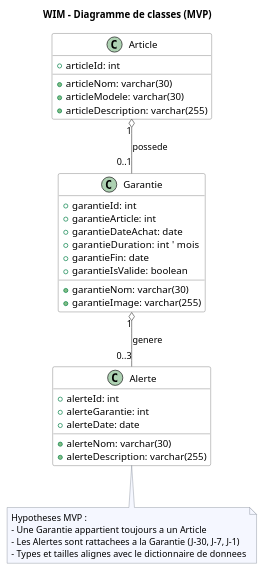
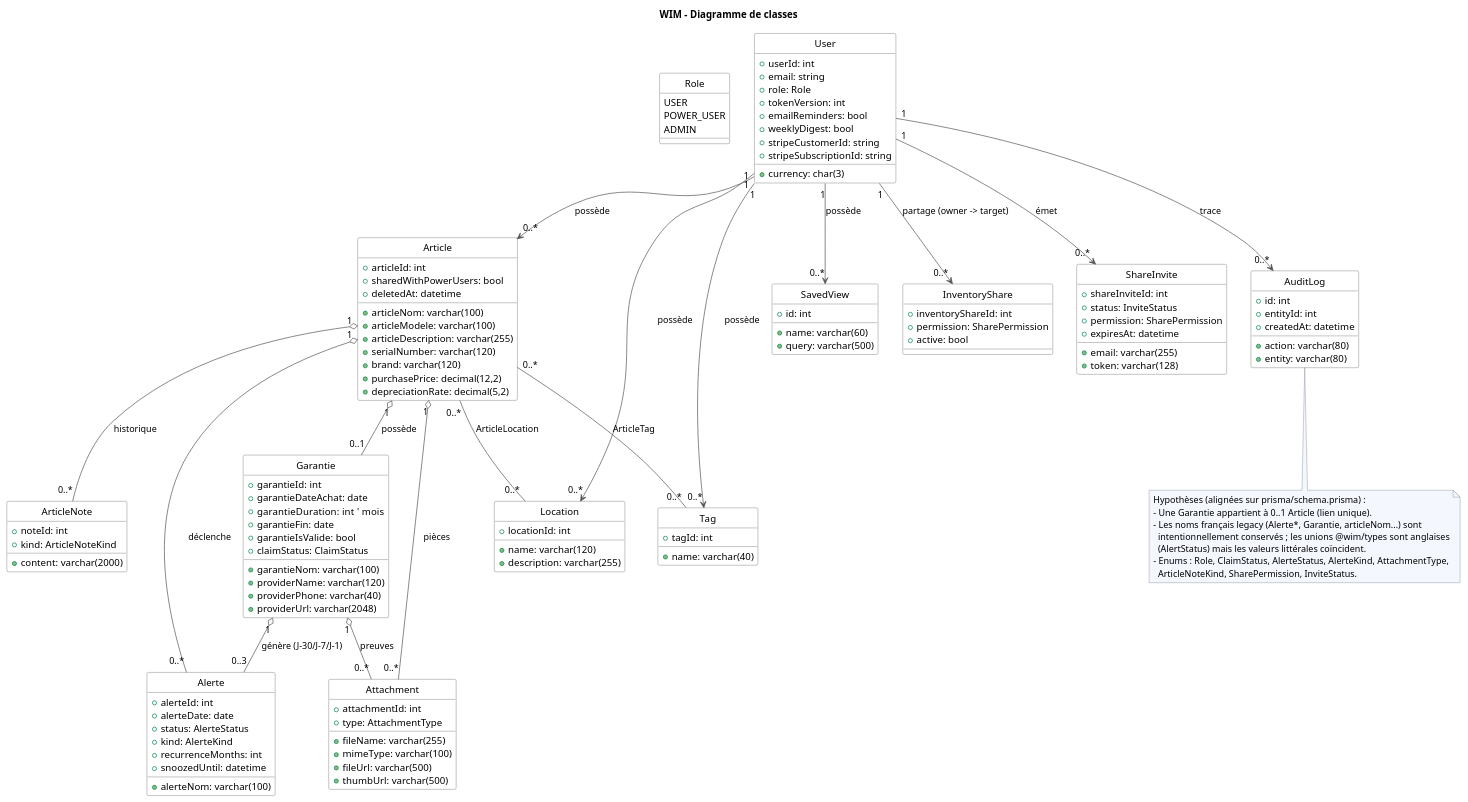
Before and after one commit to SGCSBorges/WIM: the diagram in docs/uml/03-class-diagram.puml, drawn with PlantUML. The commit also changed 7 other files, not shown here.

First line of the commit message:
docs(uml): update stale diagrams to current system + add sharing/deploy/alert

```diff
--- a/docs/uml/03-class-diagram.puml
+++ b/docs/uml/03-class-diagram.puml
@@ -1,48 +1,154 @@
 @startuml
-title WIM – Diagramme de classes (MVP)
+title WIM – Diagramme de classes
 
 skinparam class {
   BackgroundColor #ffffff
   ArrowColor #555555
   BorderColor #555555
 }
 skinparam noteBackgroundColor #F5F7FF
 skinparam noteBorderColor #6B7280
+hide circle
+
+enum Role {
+  USER
+  POWER_USER
+  ADMIN
+}
+
+class User {
+  +userId: int
+  +email: string
+  +role: Role
+  +tokenVersion: int
+  +currency: char(3)
+  +emailReminders: bool
+  +weeklyDigest: bool
+  +stripeCustomerId: string
+  +stripeSubscriptionId: string
+}
 
 class Article {
   +articleId: int
-  +articleNom: varchar(30)
-  +articleModele: varchar(30)
+  +articleNom: varchar(100)
+  +articleModele: varchar(100)
   +articleDescription: varchar(255)
+  +serialNumber: varchar(120)
+  +brand: varchar(120)
+  +purchasePrice: decimal(12,2)
+  +depreciationRate: decimal(5,2)
+  +sharedWithPowerUsers: bool
+  +deletedAt: datetime
 }
 
 class Garantie {
   +garantieId: int
-  +garantieArticle: int
-  +garantieNom: varchar(30)
+  +garantieNom: varchar(100)
   +garantieDateAchat: date
   +garantieDuration: int  ' mois
   +garantieFin: date
-  +garantieIsValide: boolean
-  +garantieImage: varchar(255)
+  +garantieIsValide: bool
+  +claimStatus: ClaimStatus
+  +providerName: varchar(120)
+  +providerPhone: varchar(40)
+  +providerUrl: varchar(2048)
 }
 
 class Alerte {
   +alerteId: int
-  +alerteGarantie: int
-  +alerteNom: varchar(30)
+  +alerteNom: varchar(100)
   +alerteDate: date
-  +alerteDescription: varchar(255)
+  +status: AlerteStatus
+  +kind: AlerteKind
+  +recurrenceMonths: int
+  +snoozedUntil: datetime
 }
 
-' Relations (conformes au modèle relationnel)
-Article "1" o-- "0..1" Garantie : possede
-Garantie "1" o-- "0..3" Alerte : genere
+class Attachment {
+  +attachmentId: int
+  +type: AttachmentType
+  +fileName: varchar(255)
+  +mimeType: varchar(100)
+  +fileUrl: varchar(500)
+  +thumbUrl: varchar(500)
+}
+
+class Location {
+  +locationId: int
+  +name: varchar(120)
+  +description: varchar(255)
+}
+
+class Tag {
+  +tagId: int
+  +name: varchar(40)
+}
+
+class ArticleNote {
+  +noteId: int
+  +content: varchar(2000)
+  +kind: ArticleNoteKind
+}
+
+class SavedView {
+  +id: int
+  +name: varchar(60)
+  +query: varchar(500)
+}
+
+class InventoryShare {
+  +inventoryShareId: int
+  +permission: SharePermission
+  +active: bool
+}
+
+class ShareInvite {
+  +shareInviteId: int
+  +email: varchar(255)
+  +token: varchar(128)
+  +status: InviteStatus
+  +permission: SharePermission
+  +expiresAt: datetime
+}
+
+class AuditLog {
+  +id: int
+  +action: varchar(80)
+  +entity: varchar(80)
+  +entityId: int
+  +createdAt: datetime
+}
+
+' Possession (tout est rattaché à un User propriétaire)
+User "1" --> "0..*" Article : possède
+User "1" --> "0..*" Location : possède
+User "1" --> "0..*" Tag : possède
+User "1" --> "0..*" SavedView : possède
+User "1" --> "0..*" AuditLog : trace
+
+' Articles et leurs entités liées
+Article "1" o-- "0..1" Garantie : possède
+Article "1" o-- "0..*" Attachment : pièces
+Article "1" o-- "0..*" Alerte : déclenche
+Article "1" o-- "0..*" ArticleNote : historique
+Garantie "1" o-- "0..3" Alerte : génère (J-30/J-7/J-1)
+Garantie "1" o-- "0..*" Attachment : preuves
+
+' Relations M:N via tables de jonction
+Article "0..*" -- "0..*" Location : ArticleLocation
+Article "0..*" -- "0..*" Tag : ArticleTag
+
+' Partage entre utilisateurs
+User "1" --> "0..*" ShareInvite : émet
+User "1" --> "0..*" InventoryShare : partage (owner -> target)
 
 note bottom
-Hypotheses MVP :
-- Une Garantie appartient toujours a un Article
-- Les Alertes sont rattachees a la Garantie (J-30, J-7, J-1)
-- Types et tailles alignes avec le dictionnaire de donnees
+Hypothèses (alignées sur prisma/schema.prisma) :
+- Une Garantie appartient à 0..1 Article (lien unique).
+- Les noms français legacy (Alerte*, Garantie, articleNom...) sont
+  intentionnellement conservés ; les unions @wim/types sont anglaises
+  (AlertStatus) mais les valeurs littérales coïncident.
+- Enums : Role, ClaimStatus, AlerteStatus, AlerteKind, AttachmentType,
+  ArticleNoteKind, SharePermission, InviteStatus.
 end note
 @enduml
```
